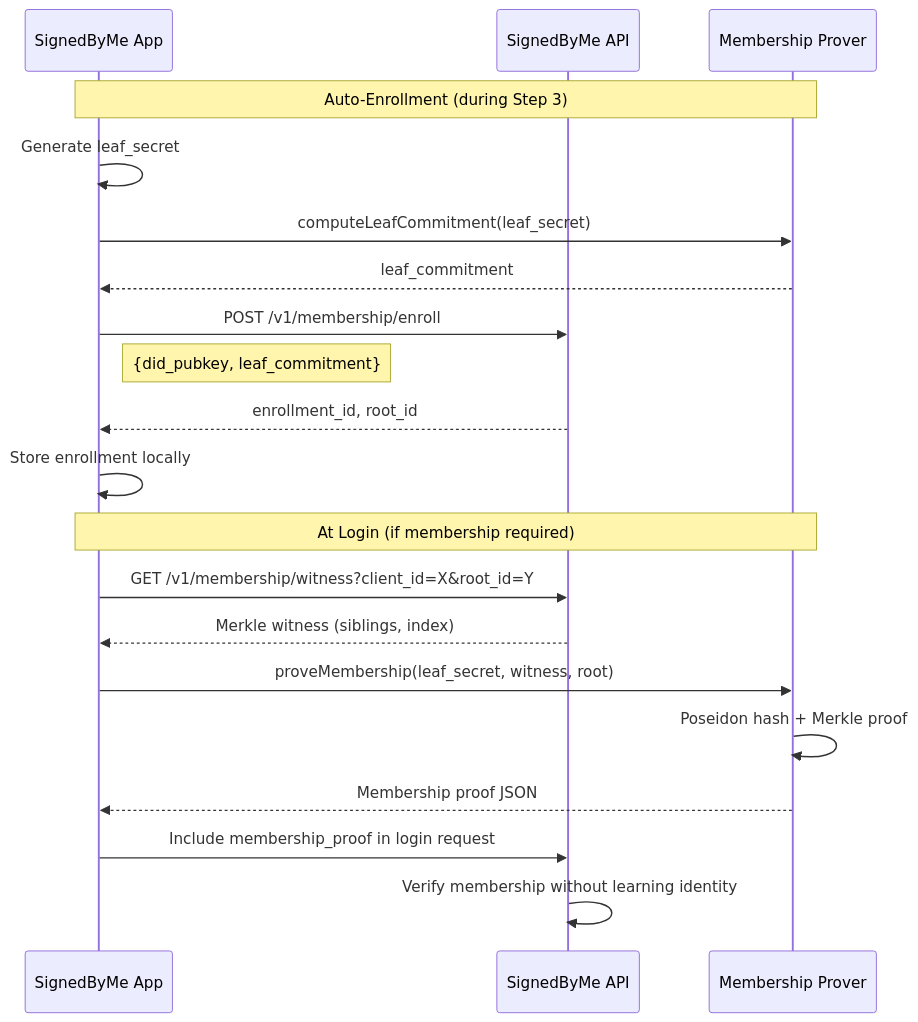
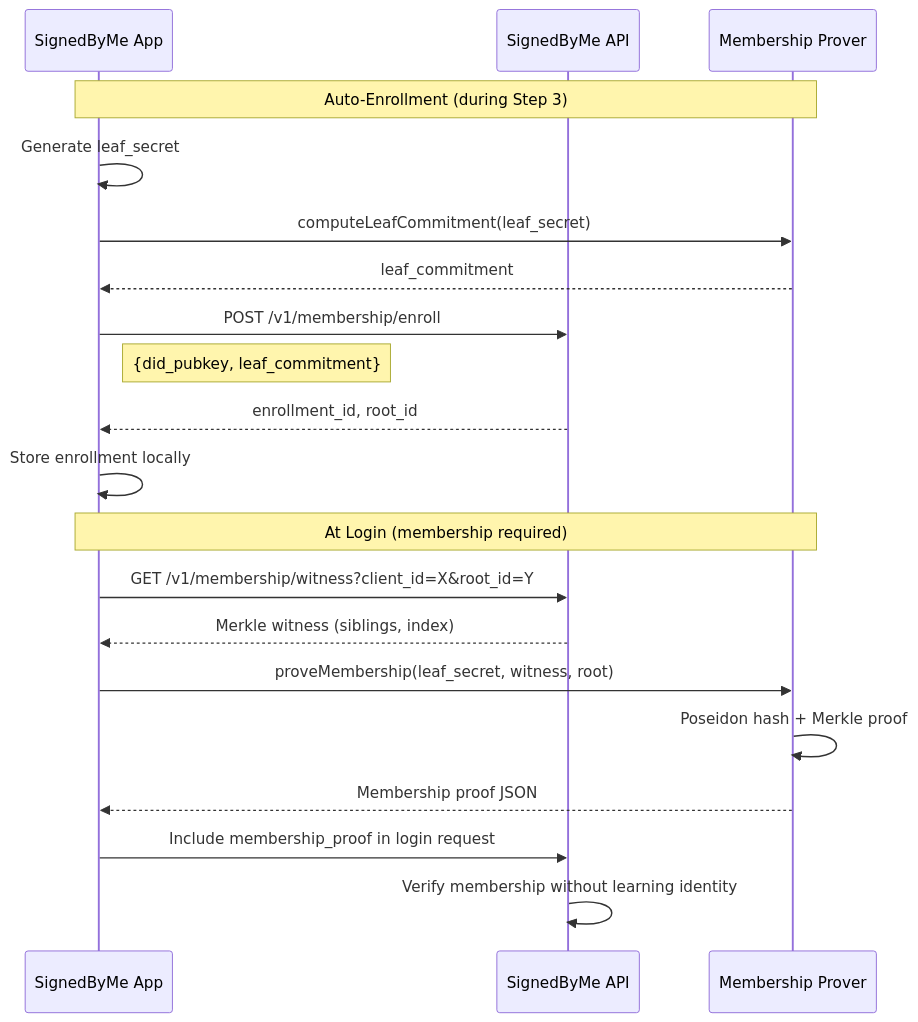
Before and after one commit to PrivacyLion/SignedByMe: the third of 3 diagrams in README.md, drawn with Mermaid. The commit also changed other lines of this file and 22 other files, not shown here.

````diff
--- a/README.md
+++ b/README.md
@@ -120,24 +122,24 @@
 ```mermaid
 sequenceDiagram
     participant App as SignedByMe App
     participant API as SignedByMe API
     participant Rust as Membership Prover
 
     Note over App,Rust: Auto-Enrollment (during Step 3)
     App->>App: Generate leaf_secret
     App->>Rust: computeLeafCommitment(leaf_secret)
     Rust-->>App: leaf_commitment
     App->>API: POST /v1/membership/enroll
     Note right of App: {did_pubkey, leaf_commitment}
     API-->>App: enrollment_id, root_id
     App->>App: Store enrollment locally
 
-    Note over App,Rust: At Login (if membership required)
+    Note over App,Rust: At Login (membership required)
     App->>API: GET /v1/membership/witness?client_id=X&root_id=Y
     API-->>App: Merkle witness (siblings, index)
     App->>Rust: proveMembership(leaf_secret, witness, root)
     Rust->>Rust: Poseidon hash + Merkle proof
     Rust-->>App: Membership proof JSON
     App->>API: Include membership_proof in login request
     API->>API: Verify membership without learning identity
 ```
````
